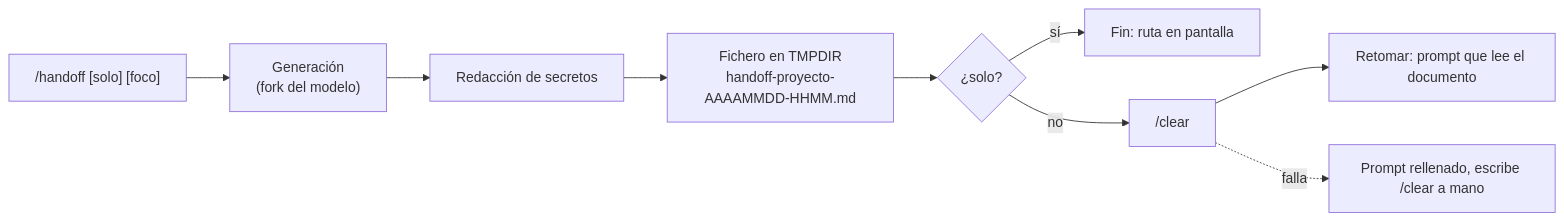
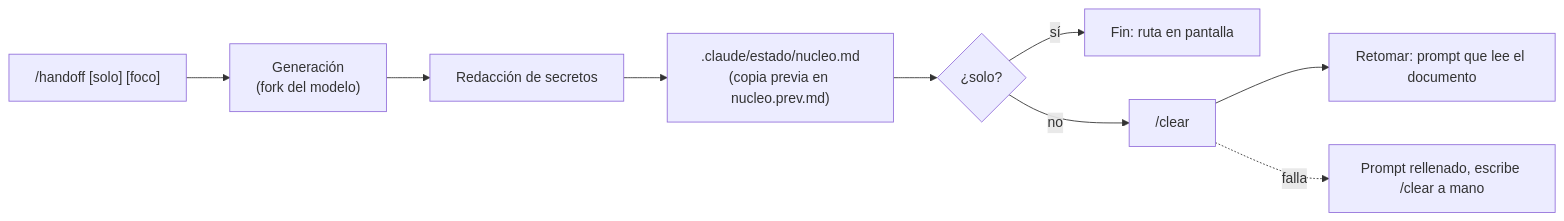
Before and after one commit to manuelcozar55/setup-claude-code: the diagram in kit/docs/11-cockpit.md, drawn with Mermaid. The commit also changed other lines of this file and 3 other files, not shown here.

First line of the commit message:
feat(cockpit): /handoff escribe .claude/estado/nucleo.md en vez de $TMPDIR

````diff
--- a/kit/docs/11-cockpit.md
+++ b/kit/docs/11-cockpit.md
@@ -41,11 +41,11 @@
 ```mermaid
 flowchart LR
   A["/handoff [solo] [foco]"] --> B["Generación<br/>(fork del modelo)"]
   B --> C["Redacción de secretos"]
-  C --> D["Fichero en TMPDIR<br/>handoff-proyecto-AAAAMMDD-HHMM.md"]
+  C --> D[".claude/estado/nucleo.md<br/>(copia previa en nucleo.prev.md)"]
   D --> E{"¿solo?"}
   E -->|"sí"| F["Fin: ruta en pantalla"]
   E -->|"no"| G["/clear"]
   G --> H["Retomar: prompt que lee el documento"]
   G -.->|"falla"| I["Prompt rellenado, escribe /clear a mano"]
 ```
````
